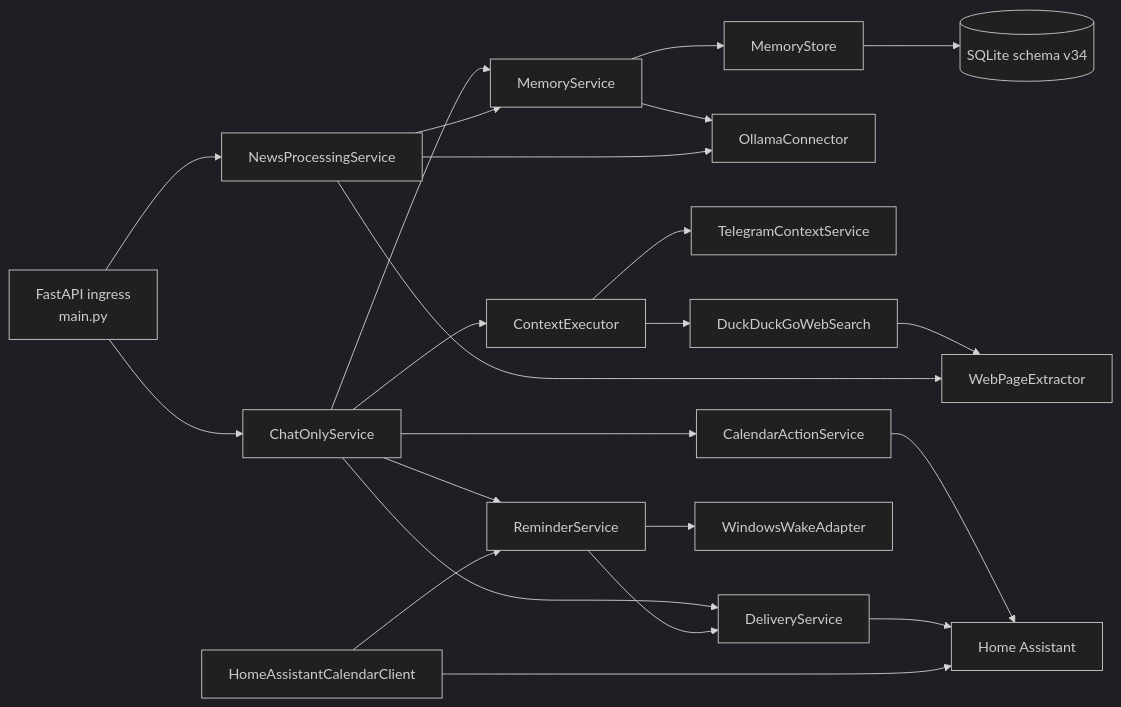
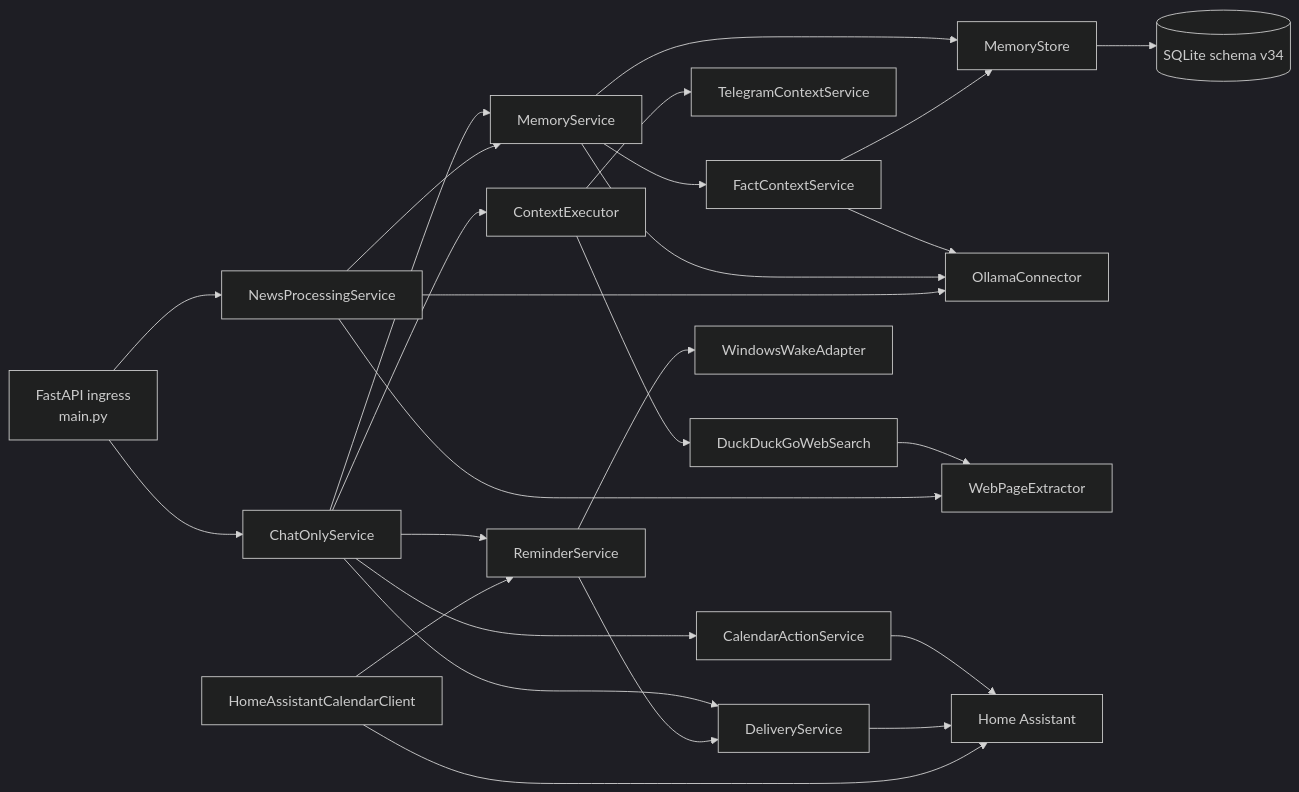
The first of 2 diagrams in docs/ARCHITECTURE.md (stanitski/Lumen), drawn with Mermaid (dark theme) before and after one commit. The commit also changed other lines of this file and 9 other files, not shown here.

````diff
--- a/docs/ARCHITECTURE.md
+++ b/docs/ARCHITECTURE.md
@@ -12,25 +12,28 @@
 ```mermaid
 flowchart LR
     I["FastAPI ingress<br/>main.py"] --> C["ChatOnlyService"]
     C --> M["MemoryService"]
     M --> S["MemoryStore"]
+    M --> FC["FactContextService"]
+    FC --> S
+    FC --> O
     S --> DB[("SQLite schema v34")]
     M --> O["OllamaConnector"]
     C --> X["ContextExecutor"]
     X --> T["TelegramContextService"]
     X --> W["DuckDuckGoWebSearch"]
     W --> E["WebPageExtractor"]
     I --> N["NewsProcessingService"]
     N --> E
     N --> M
     N --> O
     C --> R["ReminderService"]
     C --> A["CalendarActionService"]
     C --> D["DeliveryService"]
     A --> HA["Home Assistant"]
     D --> HA
     HC["HomeAssistantCalendarClient"] --> HA
     HC --> R
     R --> D
     R --> WT["WindowsWakeAdapter"]
 ```
````
